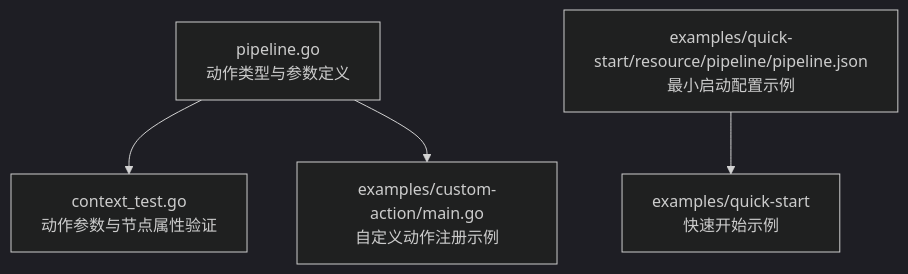
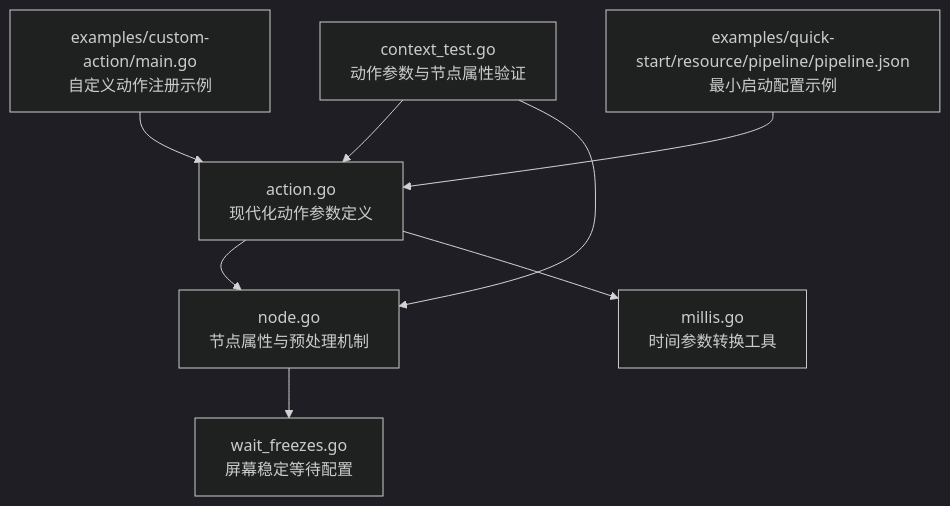
Before and after one commit to kqcoxn/MaaPipelineEditor: the first of 4 diagrams in instructions/maafw-golang-binding/高级功能/流水线配置/动作系统配置/动作系统配置.md, drawn with Mermaid (dark theme). The commit also changed other lines of this file and 6 other files, not shown here.

````diff
--- a/instructions/maafw-golang-binding/高级功能/流水线配置/动作系统配置/动作系统配置.md
+++ b/instructions/maafw-golang-binding/高级功能/流水线配置/动作系统配置/动作系统配置.md
@@ -31,6 +44,10 @@
 ```mermaid
 graph TB
-A["pipeline.go<br/>动作类型与参数定义"] --> B["context_test.go<br/>动作参数与节点属性验证"]
-A --> C["examples/custom-action/main.go<br/>自定义动作注册示例"]
-D["examples/quick-start/resource/pipeline/pipeline.json<br/>最小启动配置示例"] --> E["examples/quick-start<br/>快速开始示例"]
+A["action.go<br/>现代化动作参数定义"] --> B["node.go<br/>节点属性与预处理机制"]
+A --> C["millis.go<br/>时间参数转换工具"]
+B --> D["wait_freezes.go<br/>屏幕稳定等待配置"]
+E["context_test.go<br/>动作参数与节点属性验证"] --> A
+E --> B
+F["examples/custom-action/main.go<br/>自定义动作注册示例"] --> A
+G["examples/quick-start/resource/pipeline/pipeline.json<br/>最小启动配置示例"] --> A
 ```
````
